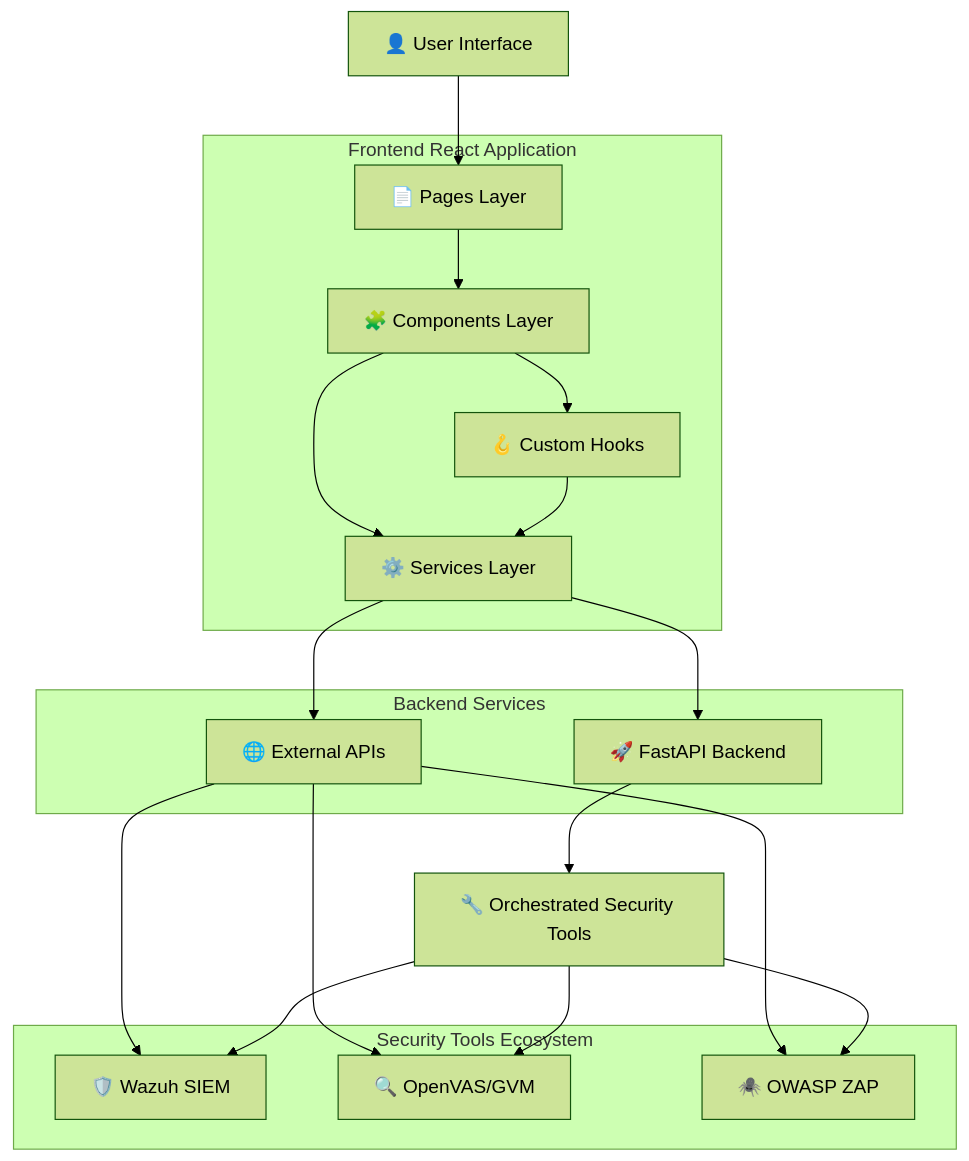
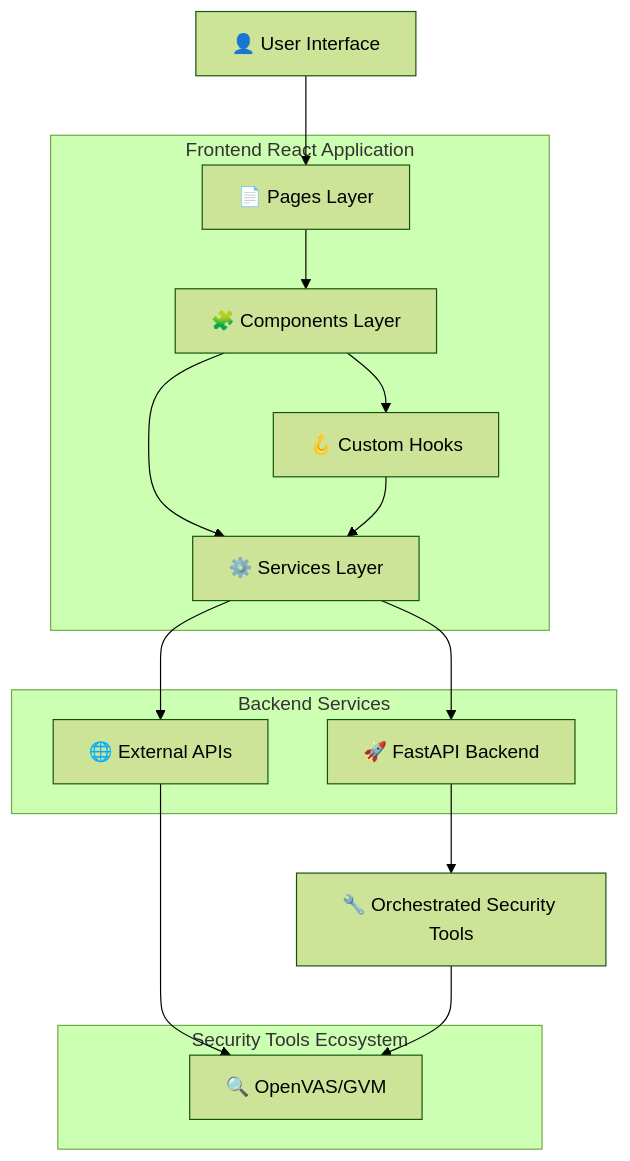
The first of 8 diagrams in docs/FILE_STRUCTURE_AND_ARCHITECTURE.md (ChristianUhlander/blue-core-nexus), drawn with Mermaid (forest theme) before and after one commit. The commit also changed other lines of this file and 6 other files, not shown here.

````diff
--- a/docs/FILE_STRUCTURE_AND_ARCHITECTURE.md
+++ b/docs/FILE_STRUCTURE_AND_ARCHITECTURE.md
@@ -19,33 +19,29 @@
 ```mermaid
 graph TB
     User[👤 User Interface] --> Pages[📄 Pages Layer]
     Pages --> Components[🧩 Components Layer]
     Components --> Hooks[🪝 Custom Hooks]
     Components --> Services[⚙️ Services Layer]
     Hooks --> Services
     Services --> APIs[🌐 External APIs]
     Services --> FastAPI[🚀 FastAPI Backend]
     
     subgraph "Frontend React Application"
         Pages
         Components
         Hooks
         Services
     end
     
     subgraph "Backend Services"
         FastAPI
         APIs
     end
     
     subgraph "Security Tools Ecosystem"
-        APIs --> Wazuh[🛡️ Wazuh SIEM]
         APIs --> GVM[🔍 OpenVAS/GVM]
-        APIs --> ZAP[🕷️ OWASP ZAP]
     end
     
     FastAPI --> SecurityTools[🔧 Orchestrated Security Tools]
-    SecurityTools --> Wazuh
     SecurityTools --> GVM
-    SecurityTools --> ZAP
 ```
````
